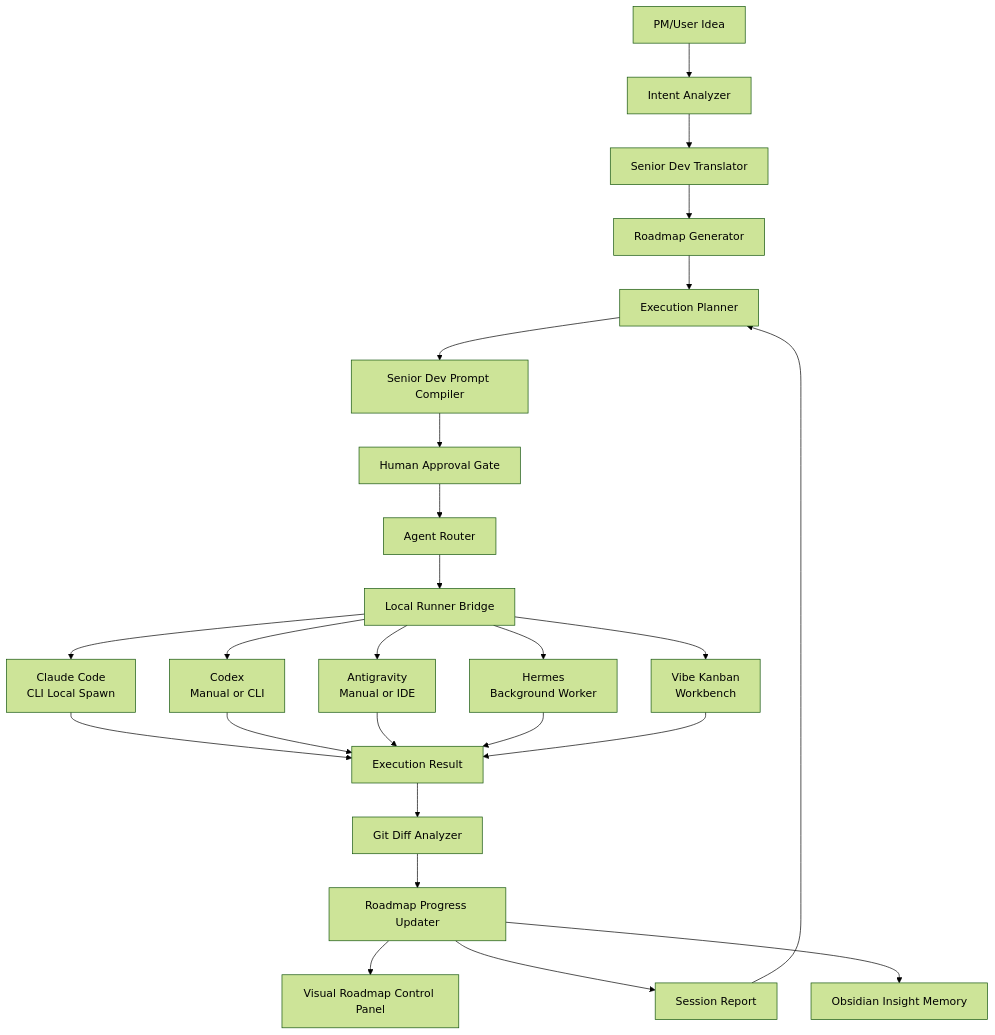
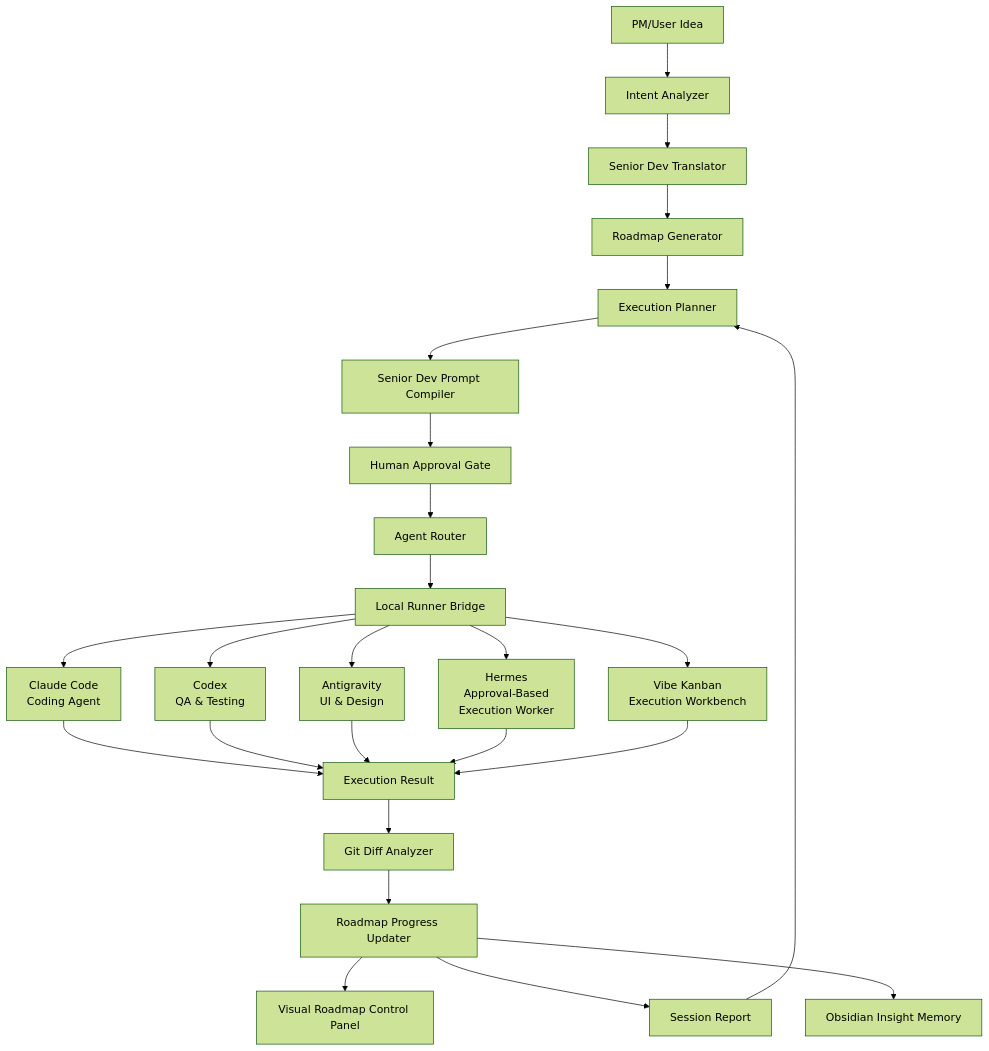
The diagram in docs/ARCHITECTURE.md (yangminguy/agent-control-room), drawn with Mermaid (forest theme) before and after one commit. The commit also changed other lines of this file and 63 other files, not shown here.

````diff
--- a/docs/ARCHITECTURE.md
+++ b/docs/ARCHITECTURE.md
@@ -39,32 +39,32 @@
 ```mermaid
 graph TD
     A[PM/User Idea] --> B[Intent Analyzer]
     B --> C[Senior Dev Translator]
     C --> D[Roadmap Generator]
     D --> E[Execution Planner]
     E --> P[Senior Dev Prompt Compiler]
     P --> Q[Human Approval Gate]
     Q --> R[Agent Router]
 
     R --> LR[Local Runner Bridge]
     
-    LR --> F[Claude Code<br/>CLI Local Spawn]
-    LR --> G[Codex<br/>Manual or CLI]
-    LR --> H[Antigravity<br/>Manual or IDE]
-    LR --> O[Hermes<br/>Background Worker]
-    LR --> M[Vibe Kanban<br/>Workbench]
+    LR --> F[Claude Code<br/>Coding Agent]
+    LR --> G[Codex<br/>QA & Testing]
+    LR --> H[Antigravity<br/>UI & Design]
+    LR --> O[Hermes<br/>Approval-Based<br/>Execution Worker]
+    LR --> M[Vibe Kanban<br/>Execution Workbench]
 
     F --> I[Execution Result]
     G --> I
     H --> I
     O --> I
     M --> I
 
     I --> J[Git Diff Analyzer]
     J --> K[Roadmap Progress Updater]
     K --> L[Visual Roadmap Control Panel]
     K --> N[Session Report]
     K --> S[Obsidian Insight Memory]
 
     N --> E
 ```
````
